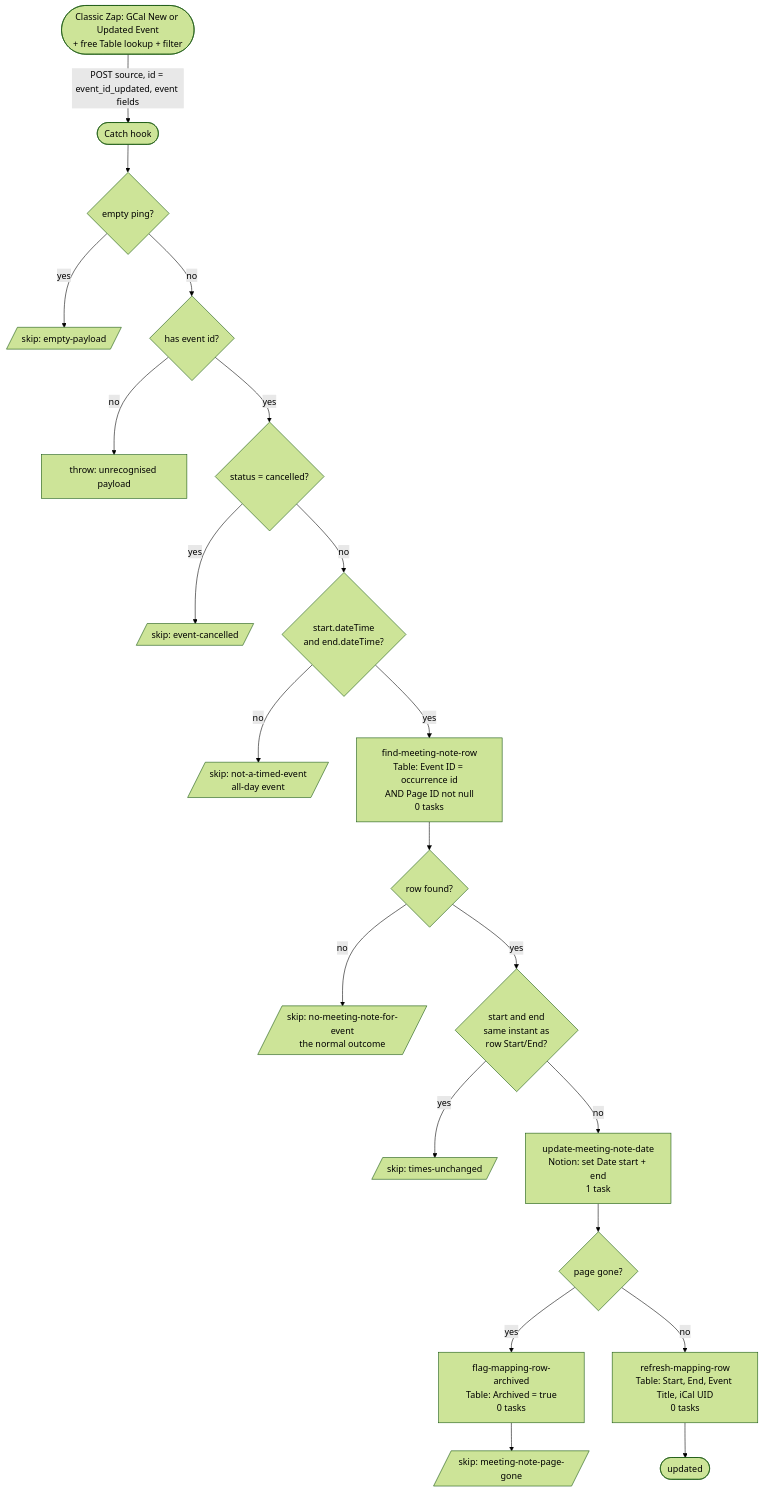
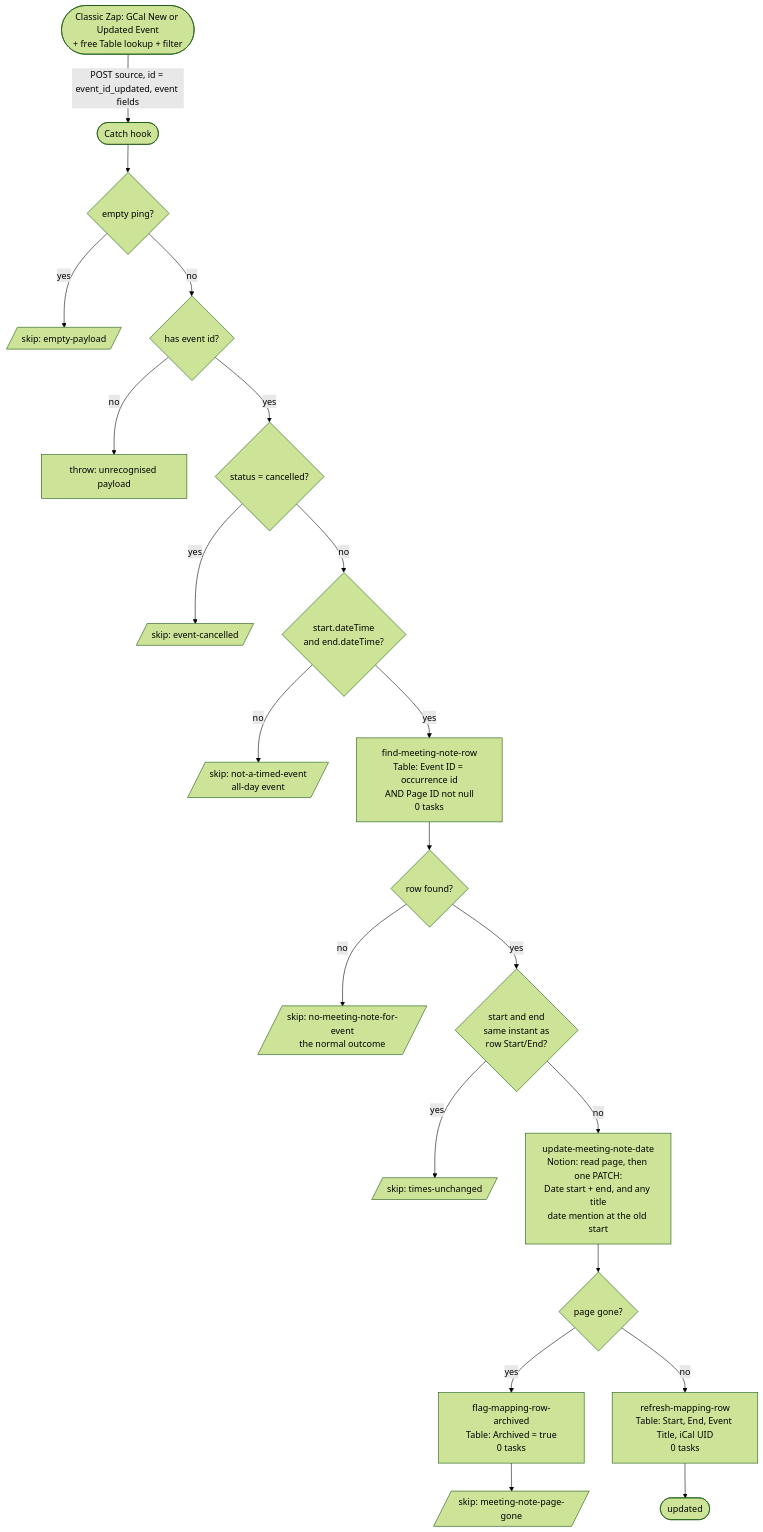
Before and after one commit to work-flowers/zapier-sdk: the diagram in gcal-event-updated-to-meeting-note/README.md, drawn with Mermaid (forest theme). The commit also changed other lines of this file and 5 other files, not shown here.

First line of the commit message:
Meeting notes: move the title's date mention on reschedule; record hand-offs live

````diff
--- a/gcal-event-updated-to-meeting-note/README.md
+++ b/gcal-event-updated-to-meeting-note/README.md
@@ -14,22 +14,22 @@
 ```mermaid
 flowchart TD
     C([Classic Zap: GCal New or Updated Event<br/>+ free Table lookup + filter]) -- "POST source, id = event_id_updated, event fields" --> T([Catch hook])
     T --> P{empty ping?}
     P -- yes --> S0[/skip: empty-payload/]
     P -- no --> G1{has event id?}
     G1 -- no --> S1[throw: unrecognised payload]
     G1 -- yes --> G2{status = cancelled?}
     G2 -- yes --> S2[/skip: event-cancelled/]
     G2 -- no --> G3{start.dateTime<br/>and end.dateTime?}
     G3 -- no --> S3[/skip: not-a-timed-event<br/>all-day event/]
     G3 -- yes --> L[find-meeting-note-row<br/>Table: Event ID = occurrence id<br/>AND Page ID not null<br/>0 tasks]
     L --> G4{row found?}
     G4 -- no --> S4[/skip: no-meeting-note-for-event<br/>the normal outcome/]
     G4 -- yes --> G5{start and end<br/>same instant as<br/>row Start/End?}
     G5 -- yes --> S5[/skip: times-unchanged/]
-    G5 -- no --> U[update-meeting-note-date<br/>Notion: set Date start + end<br/>1 task]
+    G5 -- no --> U[update-meeting-note-date<br/>Notion: read page, then one PATCH:<br/>Date start + end, and any title<br/>date mention at the old start]
     U --> G6{page gone?}
     G6 -- yes --> A[flag-mapping-row-archived<br/>Table: Archived = true<br/>0 tasks] --> S6[/skip: meeting-note-page-gone/]
     G6 -- no --> R[refresh-mapping-row<br/>Table: Start, End, Event Title, iCal UID<br/>0 tasks]
     R --> D([updated])
 ```
````
